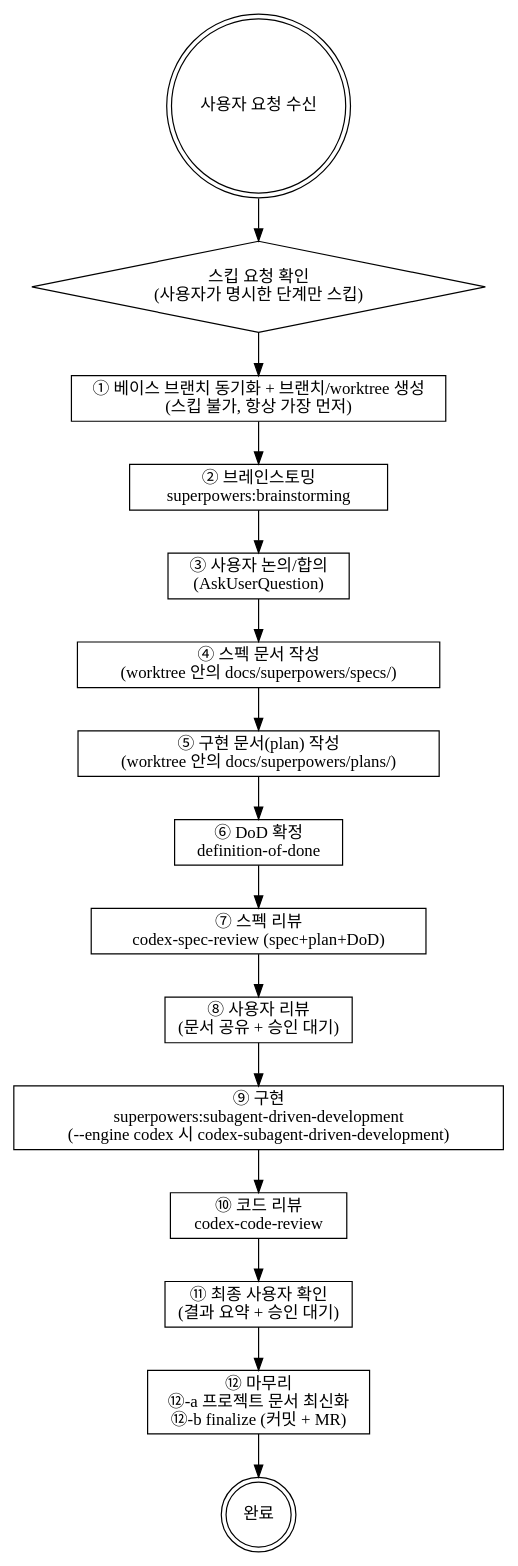
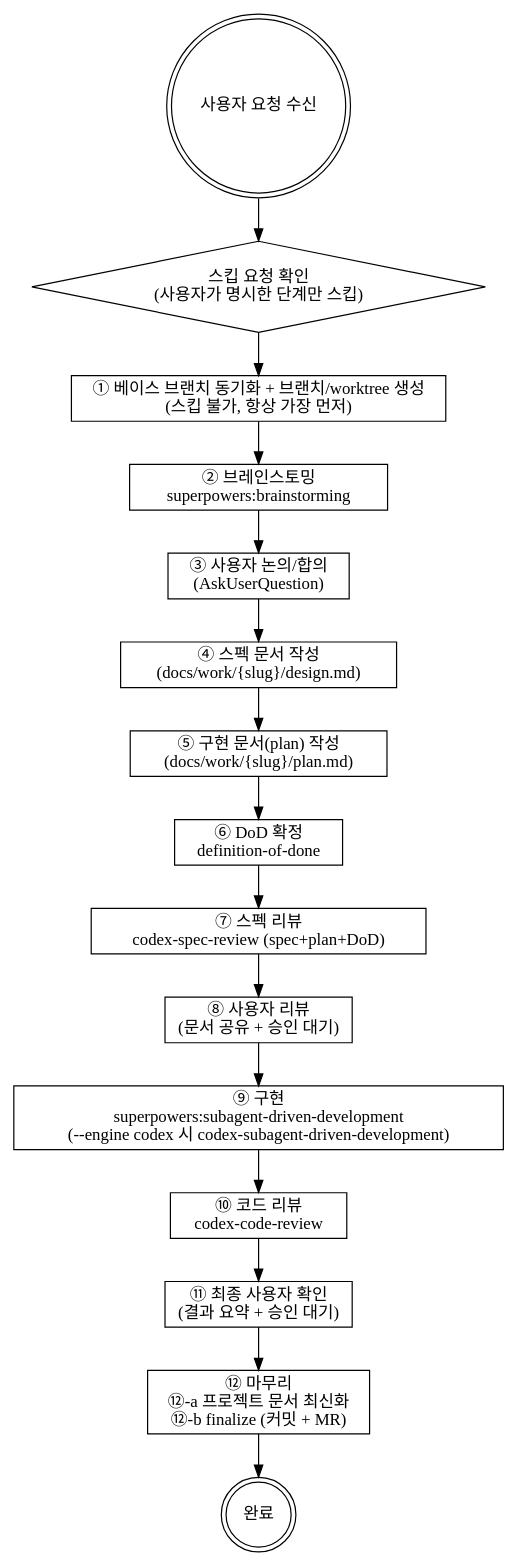
The diagram in plugins/dev-workflow/skills/feature-workflow/SKILL.md (geonyeop123/claude-toolkit), drawn with Graphviz before and after one commit. The commit also changed other lines of this file, not shown here.

First line of the commit message:
feat(feature-workflow): 산출 문서를 docs/work/{slug}/ 단일 디렉터리로 통합

````diff
--- a/plugins/dev-workflow/skills/feature-workflow/SKILL.md
+++ b/plugins/dev-workflow/skills/feature-workflow/SKILL.md
@@ -17,38 +27,38 @@
 ```dot
 digraph feature_workflow {
     rankdir=TB;
     node [shape=box];
 
     start [label="사용자 요청 수신" shape=doublecircle];
     skip [label="스킵 요청 확인\n(사용자가 명시한 단계만 스킵)" shape=diamond];
 
     s1 [label="① 베이스 브랜치 동기화 + 브랜치/worktree 생성\n(스킵 불가, 항상 가장 먼저)"];
     s2 [label="② 브레인스토밍\nsuperpowers:brainstorming"];
     s3 [label="③ 사용자 논의/합의\n(AskUserQuestion)"];
-    s4 [label="④ 스펙 문서 작성\n(worktree 안의 docs/superpowers/specs/)"];
-    s5 [label="⑤ 구현 문서(plan) 작성\n(worktree 안의 docs/superpowers/plans/)"];
+    s4 [label="④ 스펙 문서 작성\n(docs/work/{slug}/design.md)"];
+    s5 [label="⑤ 구현 문서(plan) 작성\n(docs/work/{slug}/plan.md)"];
     s6 [label="⑥ DoD 확정\ndefinition-of-done"];
     s7 [label="⑦ 스펙 리뷰\ncodex-spec-review (spec+plan+DoD)"];
     s8 [label="⑧ 사용자 리뷰\n(문서 공유 + 승인 대기)"];
     s9 [label="⑨ 구현\nsuperpowers:subagent-driven-development\n(--engine codex 시 codex-subagent-driven-development)"];
     s10 [label="⑩ 코드 리뷰\ncodex-code-review"];
     s11 [label="⑪ 최종 사용자 확인\n(결과 요약 + 승인 대기)"];
     s12 [label="⑫ 마무리\n⑫-a 프로젝트 문서 최신화\n⑫-b finalize (커밋 + MR)"];
     done [label="완료" shape=doublecircle];
 
     start -> skip;
     skip -> s1;
     s1 -> s2;
     s2 -> s3;
     s3 -> s4;
     s4 -> s5;
     s5 -> s6;
     s6 -> s7;
     s7 -> s8;
     s8 -> s9;
     s9 -> s10;
     s10 -> s11;
     s11 -> s12;
     s12 -> done;
 }
 ```
````
